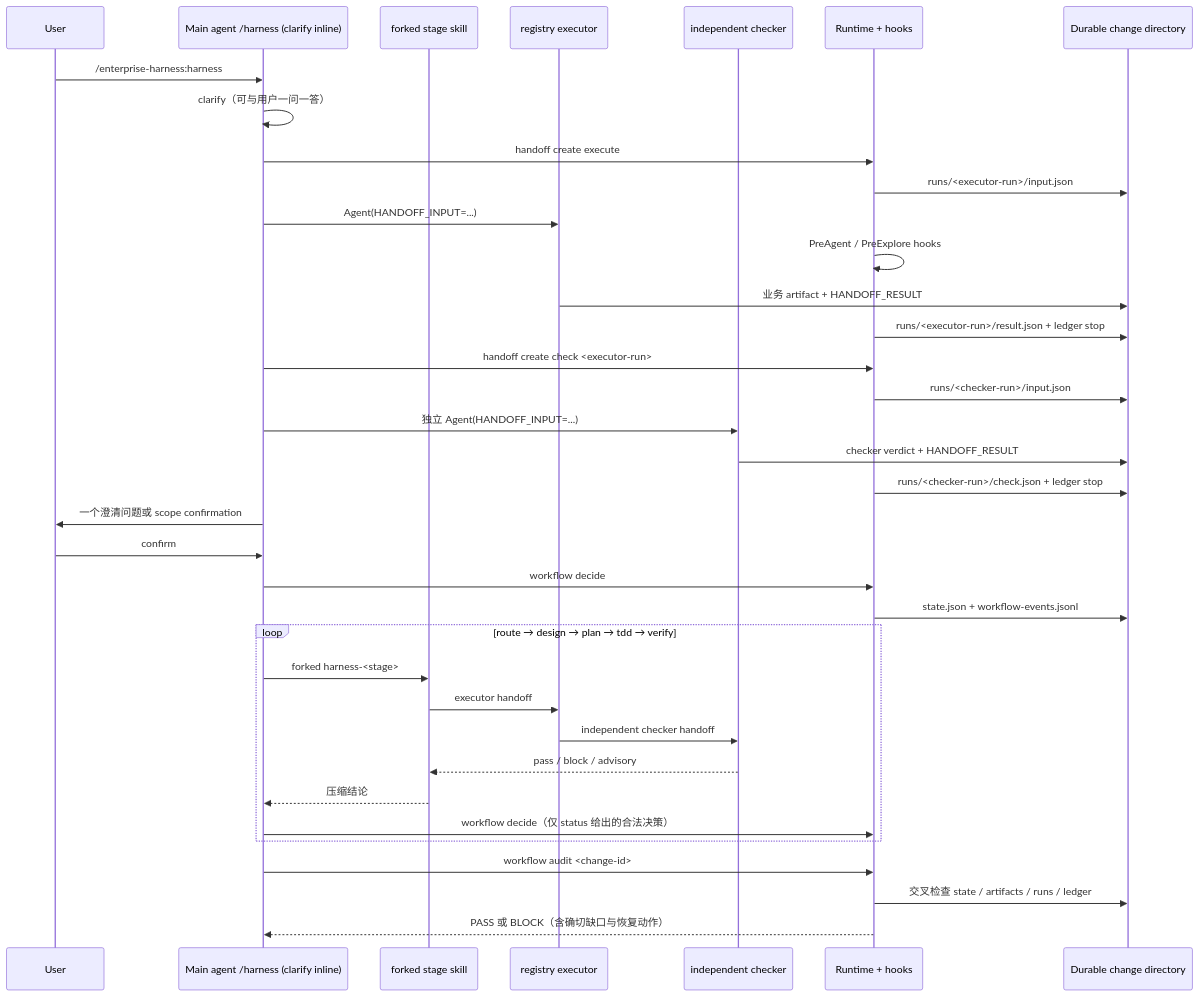
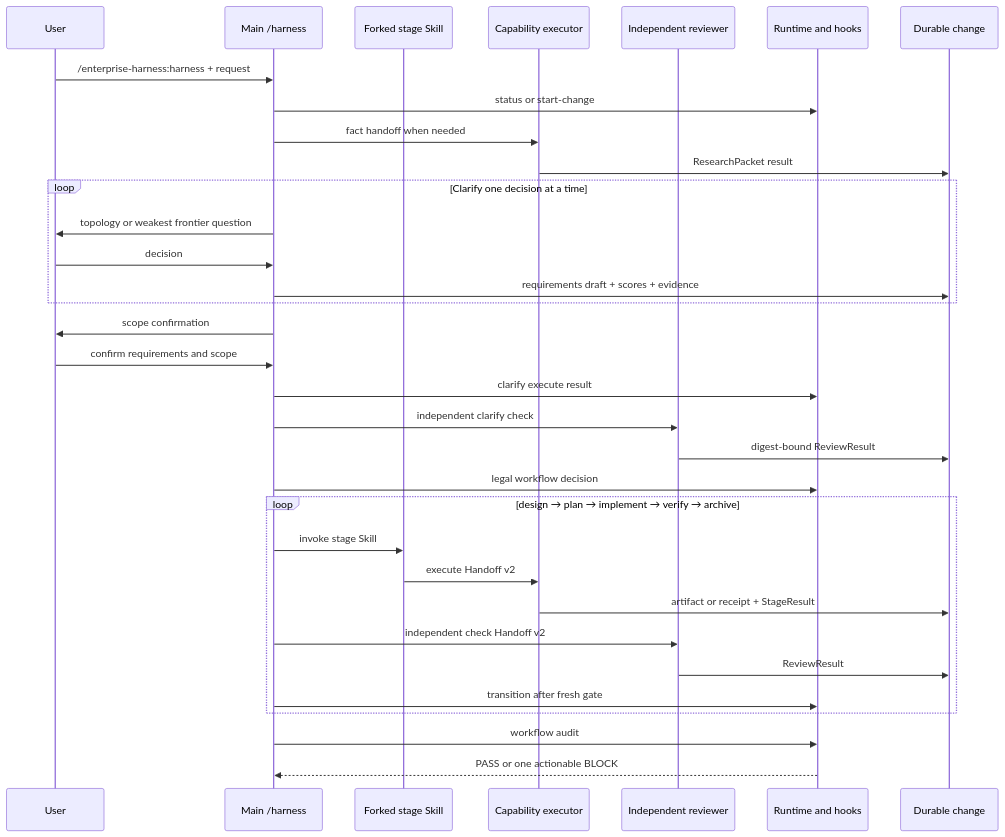
The diagram in harness/specs/stage-observability.md (Emtemf/enterprise-harness), drawn with Mermaid before and after one commit. The commit also changed other lines of this file and 18 other files, not shown here.

Commit message:
feat: 将 harness clarify 打造成标准 skill 样例

````diff
--- a/harness/specs/stage-observability.md
+++ b/harness/specs/stage-observability.md
@@ -32,41 +24,38 @@
 ```mermaid
 sequenceDiagram
   participant U as User
-  participant M as Main agent /harness (clarify inline)
-  participant S as forked stage skill
-  participant E as registry executor
-  participant K as independent checker
-  participant R as Runtime + hooks
-  participant D as Durable change directory
+  participant M as Main /harness
+  participant S as Forked stage Skill
+  participant E as Capability executor
+  participant K as Independent reviewer
+  participant R as Runtime and hooks
+  participant D as Durable change
 
-  U->>M: /enterprise-harness:harness
-  M->>M: clarify（可与用户一问一答）
-  M->>R: handoff create execute
-  R->>D: runs/<executor-run>/input.json
-  M->>E: Agent(HANDOFF_INPUT=...)
-  R->>R: PreAgent / PreExplore hooks
-  E->>D: 业务 artifact + HANDOFF_RESULT
-  R->>D: runs/<executor-run>/result.json + ledger stop
-  M->>R: handoff create check <executor-run>
-  R->>D: runs/<checker-run>/input.json
-  M->>K: 独立 Agent(HANDOFF_INPUT=...)
-  K->>D: checker verdict + HANDOFF_RESULT
-  R->>D: runs/<checker-run>/check.json + ledger stop
-  M->>U: 一个澄清问题或 scope confirmation
-  U->>M: confirm
-  M->>R: workflow decide
-  R->>D: state.json + workflow-events.jsonl
+  U->>M: /enterprise-harness:harness + request
+  M->>R: status or start-change
+  M->>E: fact handoff when needed
+  E->>D: ResearchPacket result
+  loop Clarify one decision at a time
+    M->>U: topology or weakest frontier question
+    U->>M: decision
+    M->>D: requirements draft + scores + evidence
+  end
+  M->>U: scope confirmation
+  U->>M: confirm requirements and scope
+  M->>R: clarify execute result
+  M->>K: independent clarify check
+  K->>D: digest-bound ReviewResult
+  M->>R: legal workflow decision
 
-  loop route → design → plan → tdd → verify
-    M->>S: forked harness-<stage>
-    S->>E: executor handoff
-    E->>K: independent checker handoff
-    K-->>S: pass / block / advisory
-    S-->>M: 压缩结论
-    M->>R: workflow decide（仅 status 给出的合法决策）
+  loop design → plan → implement → verify → archive
+    M->>S: invoke stage Skill
+    S->>E: execute Handoff v2
+    E->>D: artifact or receipt + StageResult
+    M->>K: independent check Handoff v2
+    K->>D: ReviewResult
+    M->>R: transition after fresh gate
   end
 
-  M->>R: workflow audit <change-id>
-  R->>D: 交叉检查 state / artifacts / runs / ledger
-  R-->>M: PASS 或 BLOCK（含确切缺口与恢复动作）
+  M->>R: workflow audit
+  R-->>M: PASS or one actionable BLOCK
 ```
````
